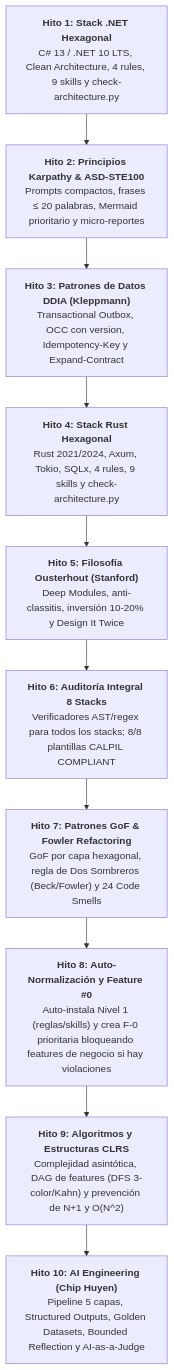
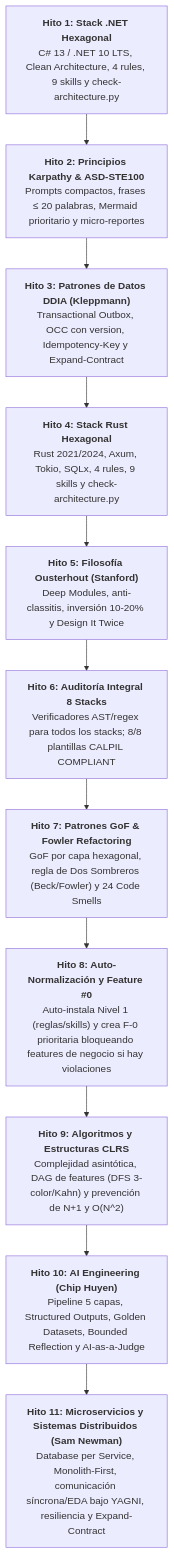
Before and after one commit to calpil/harness-flow: the diagram in docs/README.md, drawn with Mermaid. The commit also changed other lines of this file and 8 other files, not shown here.

Commit message:
feat: integrar principios y arquitectura de microservicios de sam newman

````diff
--- a/docs/README.md
+++ b/docs/README.md
@@ -21,15 +21,16 @@
 ```mermaid
 flowchart TD
     H1["<b>Hito 1: Stack .NET Hexagonal</b><br/>C# 13 / .NET 10 LTS, Clean Architecture, 4 rules, 9 skills y check-architecture.py"]
     H2["<b>Hito 2: Principios Karpathy & ASD-STE100</b><br/>Prompts compactos, frases &le; 20 palabras, Mermaid prioritario y micro-reportes"]
     H3["<b>Hito 3: Patrones de Datos DDIA (Kleppmann)</b><br/>Transactional Outbox, OCC con version, Idempotency-Key y Expand-Contract"]
     H4["<b>Hito 4: Stack Rust Hexagonal</b><br/>Rust 2021/2024, Axum, Tokio, SQLx, 4 rules, 9 skills y check-architecture.py"]
     H5["<b>Hito 5: Filosofía Ousterhout (Stanford)</b><br/>Deep Modules, anti-classitis, inversión 10-20% y Design It Twice"]
     H6["<b>Hito 6: Auditoría Integral 8 Stacks</b><br/>Verificadores AST/regex para todos los stacks; 8/8 plantillas CALPIL COMPLIANT"]
     H7["<b>Hito 7: Patrones GoF & Fowler Refactoring</b><br/>GoF por capa hexagonal, regla de Dos Sombreros (Beck/Fowler) y 24 Code Smells"]
     H8["<b>Hito 8: Auto-Normalización y Feature #0</b><br/>Auto-instala Nivel 1 (reglas/skills) y crea F-0 prioritaria bloqueando features de negocio si hay violaciones"]
     H9["<b>Hito 9: Algoritmos y Estructuras CLRS</b><br/>Complejidad asintótica, DAG de features (DFS 3-color/Kahn) y prevención de N+1 y O(N^2)"]
     H10["<b>Hito 10: AI Engineering (Chip Huyen)</b><br/>Pipeline 5 capas, Structured Outputs, Golden Datasets, Bounded Reflection y AI-as-a-Judge"]
+    H11["<b>Hito 11: Microservicios y Sistemas Distribuidos (Sam Newman)</b><br/>Database per Service, Monolith-First, comunicación síncrona/EDA bajo YAGNI, resiliencia y Expand-Contract"]
 
-    H1 --> H2 --> H3 --> H4 --> H5 --> H6 --> H7 --> H8 --> H9 --> H10
+    H1 --> H2 --> H3 --> H4 --> H5 --> H6 --> H7 --> H8 --> H9 --> H10 --> H11
 ```
````
